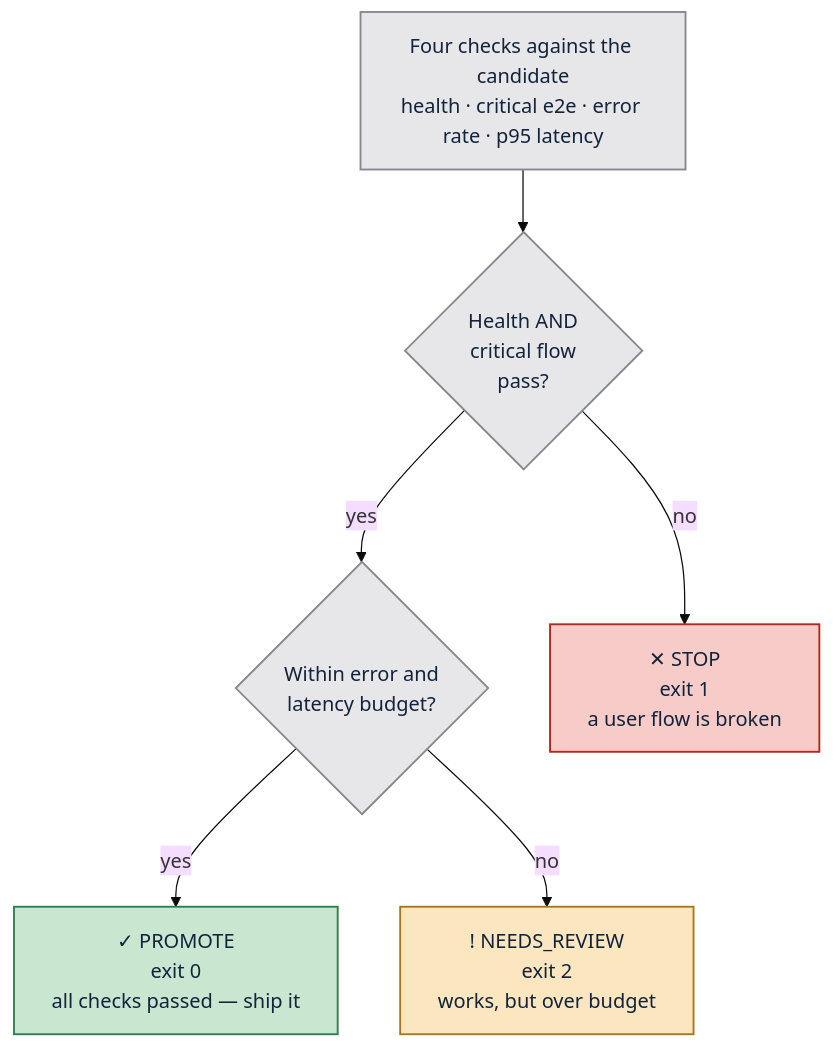
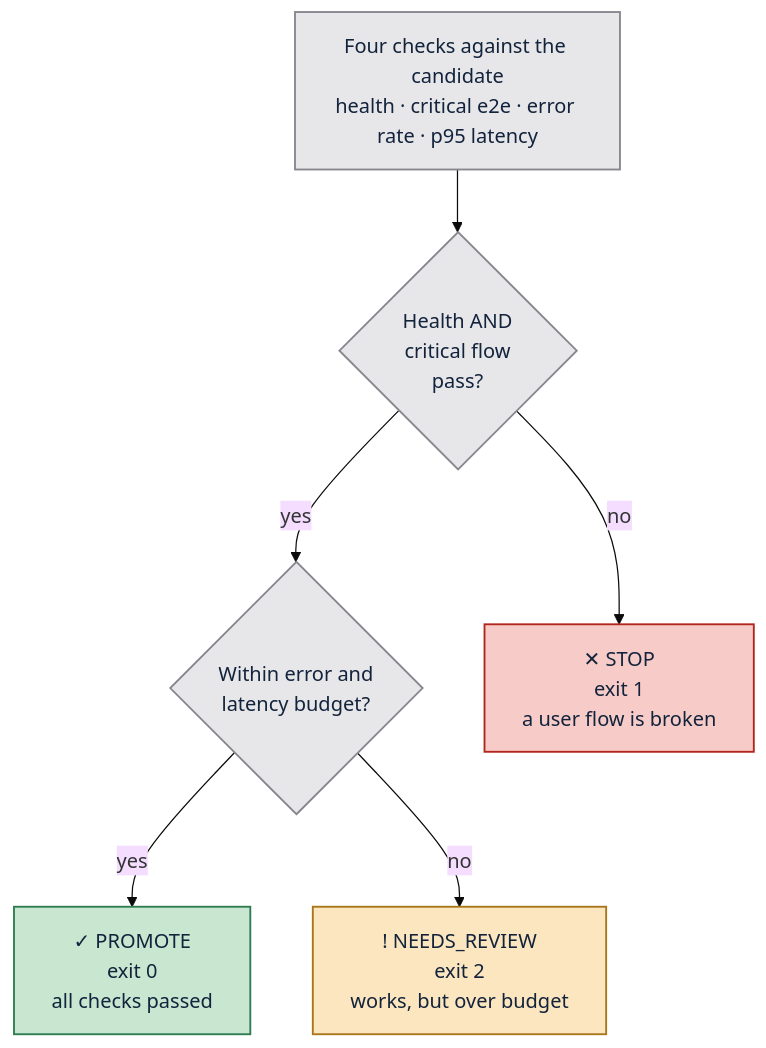
The sixth of 8 diagrams in ARCHITECTURE.md (TryHarder01/release-agent-demo), drawn with Mermaid (base theme) before and after one commit. The commit also changed other lines of this file, not shown here.

First line of the commit message:
Refresh ARCHITECTURE.md against the live release path

````diff
--- a/ARCHITECTURE.md
+++ b/ARCHITECTURE.md
@@ -270,25 +304,25 @@
 ```mermaid
 flowchart TB
     checks["Four checks against the candidate\nhealth · critical e2e · error rate · p95 latency"]
     q1{"Health AND\ncritical flow\npass?"}
     q2{"Within error and\nlatency budget?"}
 
-    promote["✓ PROMOTE\nexit 0\nall checks passed — ship it"]
+    promote["✓ PROMOTE\nexit 0\nall checks passed"]
     review["! NEEDS_REVIEW\nexit 2\nworks, but over budget"]
     stop["✕ STOP\nexit 1\na user flow is broken"]
 
     checks --> q1
     q1 -->|"no"| stop
     q1 -->|"yes"| q2
     q2 -->|"yes"| promote
     q2 -->|"no"| review
 
     classDef pass  fill:#c8e6d0,stroke:#2e7d4f,stroke-width:1.5px,color:#12233b
     classDef warn  fill:#fbe6bf,stroke:#a9761b,stroke-width:1.5px,color:#12233b
     classDef fail  fill:#f6cbc8,stroke:#b3261e,stroke-width:1.5px,color:#12233b
     classDef blind fill:#e7e7ea,stroke:#87878f,stroke-width:1.5px,color:#12233b
     class promote pass
     class review warn
     class stop fail
     class checks,q1,q2 blind
 ```
````
